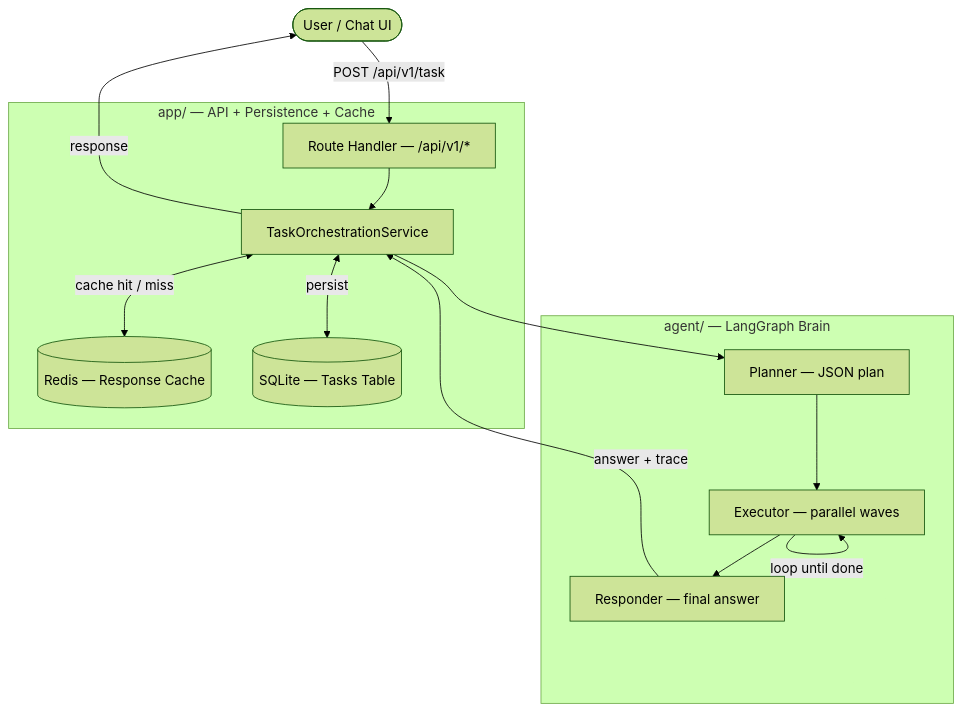
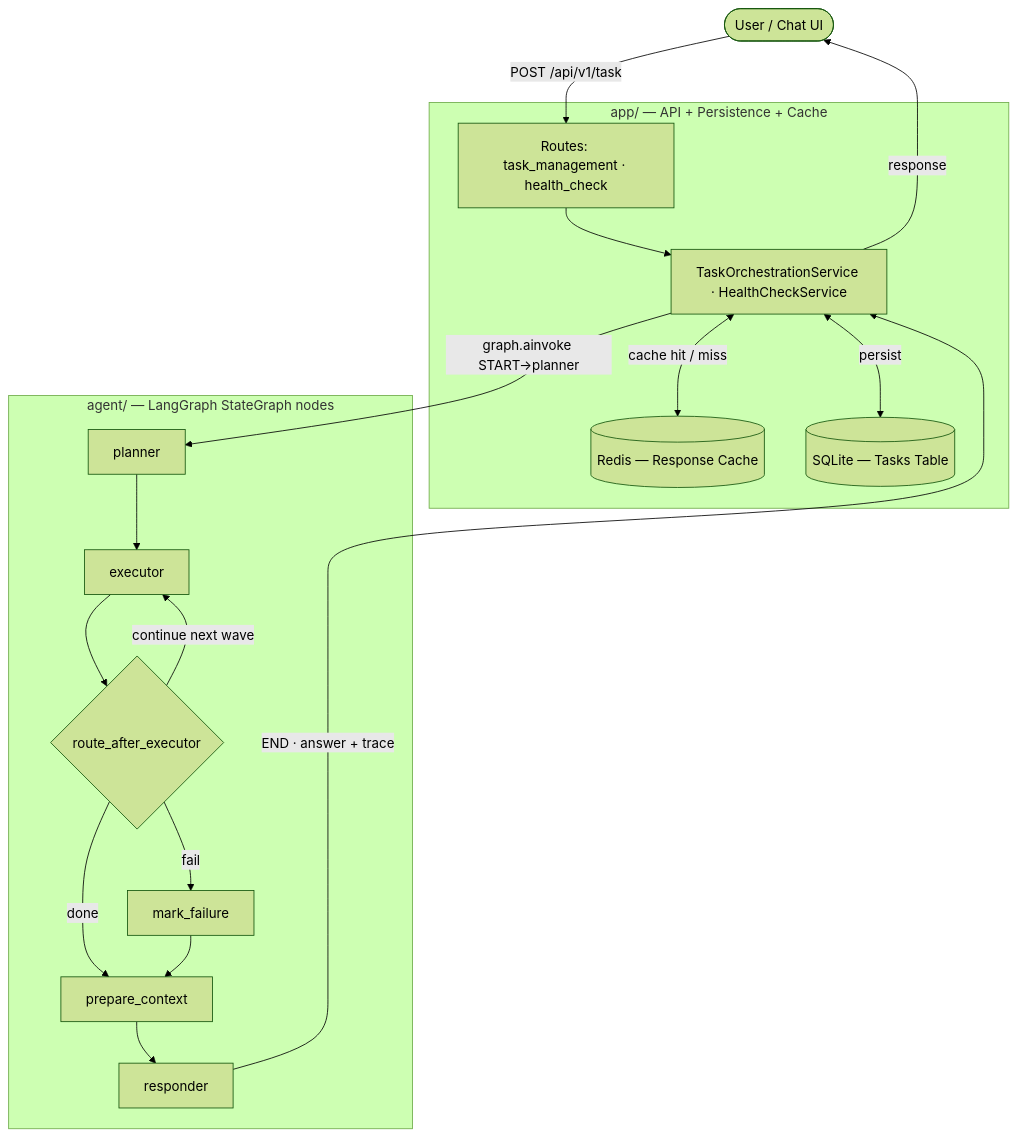
Before and after one commit to shonhazan123/tufin_chat_agent: the diagram in docs/README.md, drawn with Mermaid (forest theme). The commit also changed other lines of this file and 5 other files, not shown here.

````diff
--- a/docs/README.md
+++ b/docs/README.md
@@ -7,28 +7,35 @@
 ```mermaid
 flowchart TB
     Client(["User / Chat UI"])
 
-    subgraph app ["app/  —  API + Persistence + Cache"]
-        Route["Route Handler — /api/v1/*"]
-        Service["TaskOrchestrationService"]
+    subgraph appLayer ["app/ — API + Persistence + Cache"]
+        Route["Routes: task_management · health_check"]
+        Service["TaskOrchestrationService · HealthCheckService"]
         Redis[("Redis — Response Cache")]
         DB[("SQLite — Tasks Table")]
     end
 
-    subgraph agent ["agent/  —  LangGraph Brain"]
-        Planner["Planner — JSON plan"]
-        Executor["Executor — parallel waves"]
-        Responder["Responder — final answer"]
+    subgraph agentLayer ["agent/ — LangGraph StateGraph nodes"]
+        planner["planner"]
+        executor["executor"]
+        routeAfterExec{route_after_executor}
+        markFailure["mark_failure"]
+        prepareContext["prepare_context"]
+        responder["responder"]
     end
 
     Client -->|"POST /api/v1/task"| Route
     Route --> Service
     Service <-->|"cache hit / miss"| Redis
     Service <-->|"persist"| DB
-    Service --> Planner
-    Planner --> Executor
-    Executor -->|"loop until done"| Executor
-    Executor --> Responder
-    Responder -->|"answer + trace"| Service
+    Service -->|"graph.ainvoke START→planner"| planner
+    planner --> executor
+    executor --> routeAfterExec
+    routeAfterExec -->|"continue next wave"| executor
+    routeAfterExec -->|"fail"| markFailure
+    routeAfterExec -->|"done"| prepareContext
+    markFailure --> prepareContext
+    prepareContext --> responder
+    responder -->|"END · answer + trace"| Service
     Service -->|"response"| Client
 ```
````
